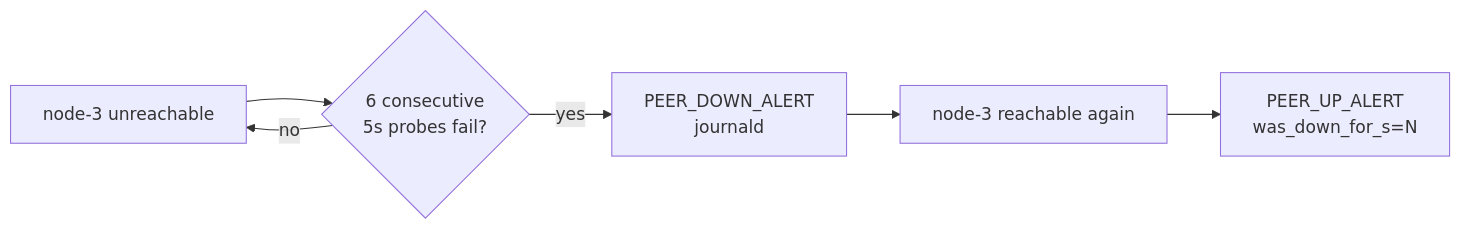
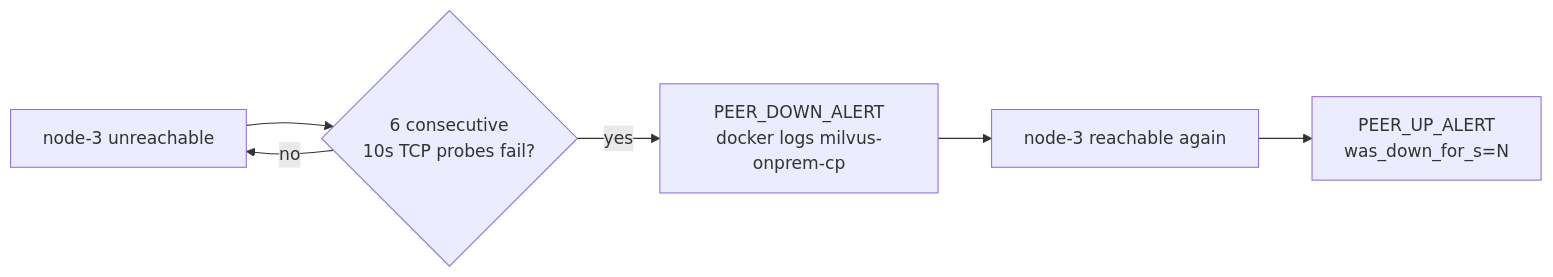
Before and after one commit to codeadeel/milvus-onprem: the second of 4 diagrams in docs/FAILOVER.md, drawn with Mermaid. The commit also changed other lines of this file and 7 other files, not shown here.

````diff
--- a/docs/FAILOVER.md
+++ b/docs/FAILOVER.md
@@ -55,8 +55,8 @@
 ```mermaid
 flowchart LR
-  A[node-3 unreachable] --> B{6 consecutive<br/>5s probes fail?}
-  B -- yes --> C[PEER_DOWN_ALERT<br/>journald]
+  A[node-3 unreachable] --> B{6 consecutive<br/>10s TCP probes fail?}
+  B -- yes --> C[PEER_DOWN_ALERT<br/>docker logs milvus-onprem-cp]
   B -- no --> A
   C --> D[node-3 reachable again]
   D --> E[PEER_UP_ALERT<br/>was_down_for_s=N]
 ```
````
